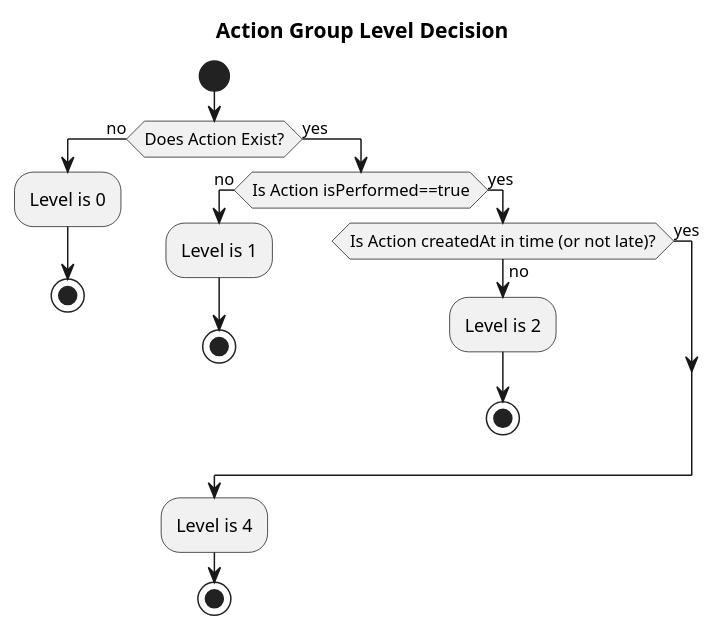
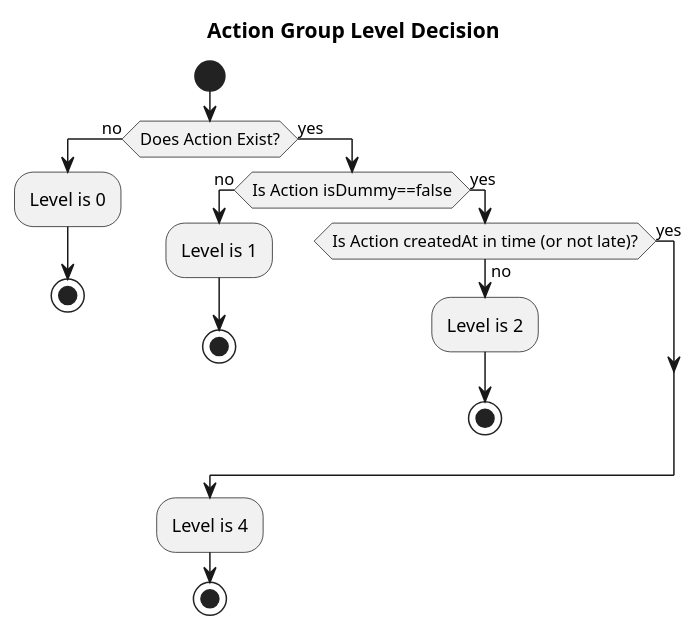
Before and after one commit to ajktown/docs: the diagram in dev_api/domains/action-group.md, drawn with PlantUML. The commit also changed other lines of this file, not shown here.

First line of the commit message:
Derived State for ActionGroupDomain (#103)

````diff
--- a/dev_api/domains/action-group.md
+++ b/dev_api/domains/action-group.md
@@ -27,25 +45,25 @@
 ```plantuml
 @startuml
 
 title Action Group Level Decision
 
 start
   if (Does Action Exist?) then (no)
     :Level is 0;
     stop
   else (yes)
-    if (Is Action isPerformed==true) then (no)
+    if (Is Action isDummy==false) then (no)
       :Level is 1;
       stop
     else (yes)
       if (Is Action createdAt in time (or not late)?) then (no)
         :Level is 2;
         stop
       else (yes)
       endif
     endif
   endif
   :Level is 4;
 stop
 @enduml
 ```
````
